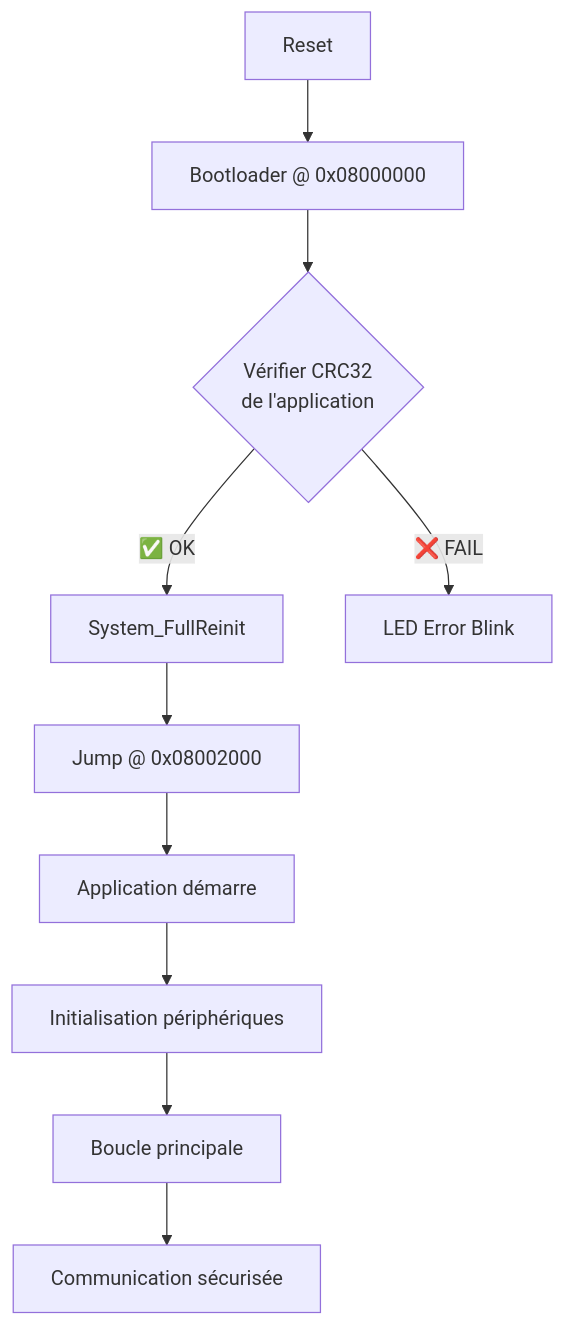
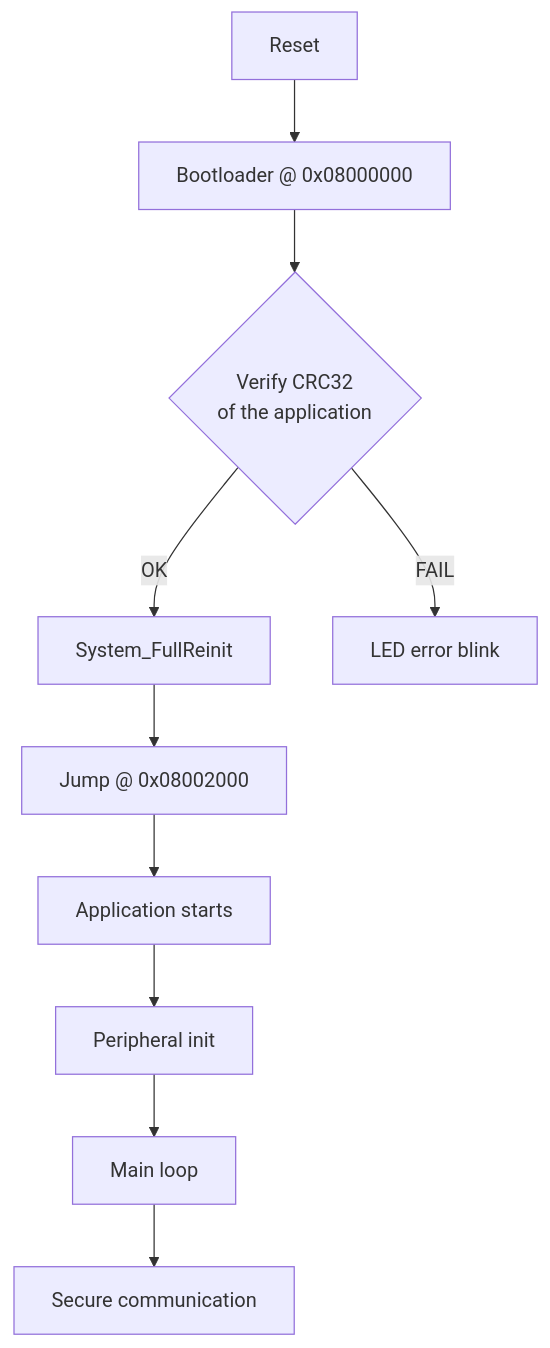
Before and after one commit to BechirYengui/stm32-control-suite: the diagram in firmware/README.md, drawn with Mermaid. The commit also changed other lines of this file, not shown here.

Commit message:
Translate firmware README to English, drop obsolete roadmap, fix monorepo paths

````diff
--- a/firmware/README.md
+++ b/firmware/README.md
@@ -70,12 +69,12 @@
 ```mermaid
 graph TD
     A[Reset] --> B[Bootloader @ 0x08000000]
-    B --> C{Vérifier CRC32<br/>de l'application}
-    C -->|✅ OK| D[System_FullReinit]
-    C -->|❌ FAIL| E[LED Error Blink]
+    B --> C{Verify CRC32<br/>of the application}
+    C -->|OK| D[System_FullReinit]
+    C -->|FAIL| E[LED error blink]
     D --> F[Jump @ 0x08002000]
-    F --> G[Application démarre]
-    G --> H[Initialisation périphériques]
-    H --> I[Boucle principale]
-    I --> J[Communication sécurisée]
+    F --> G[Application starts]
+    G --> H[Peripheral init]
+    H --> I[Main loop]
+    I --> J[Secure communication]
 ```
````
